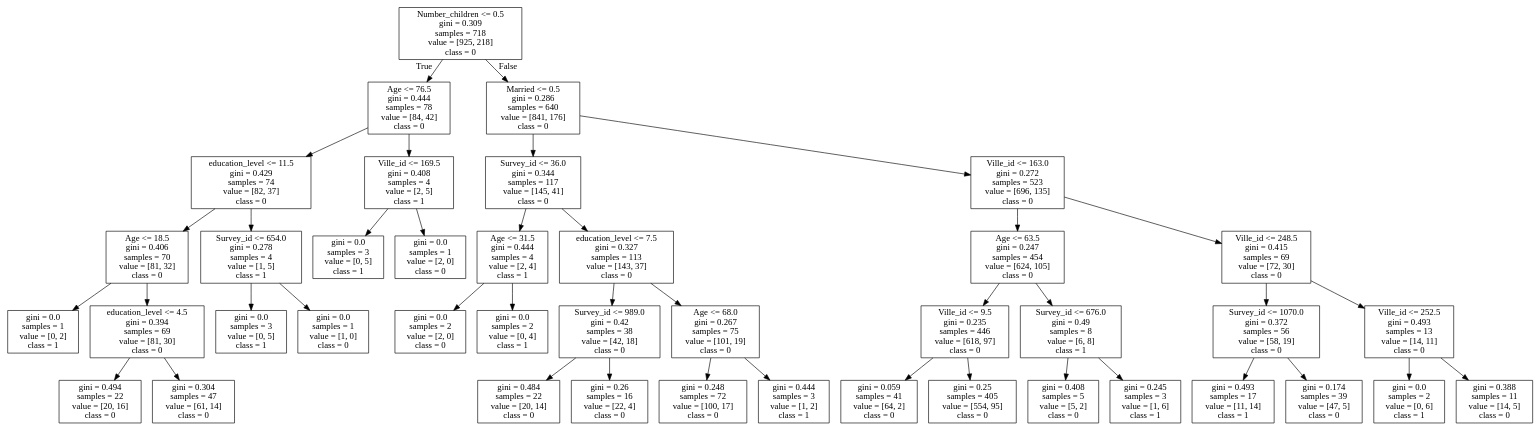
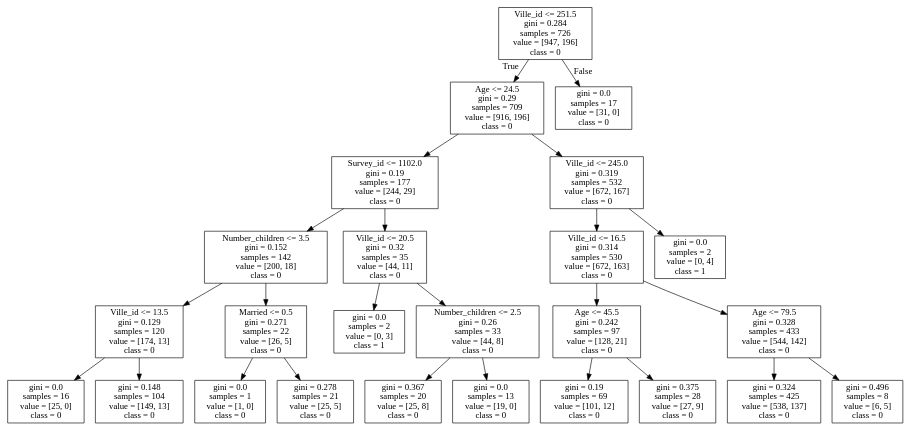
Before and after one commit to IziKodzik/Cart: the diagram in pngs/tree00.dot, drawn with Graphviz. The commit also changed 20 other files, not shown here.

```diff
--- a/pngs/tree00.dot
+++ b/pngs/tree00.dot
@@ -1,84 +1,52 @@
 digraph Tree {
 node [shape=box] ;
-0 [label="Number_children <= 0.5\ngini = 0.309\nsamples = 718\nvalue = [925, 218]\nclass = 0"] ;
-1 [label="Age <= 76.5\ngini = 0.444\nsamples = 78\nvalue = [84, 42]\nclass = 0"] ;
+0 [label="Ville_id <= 251.5\ngini = 0.284\nsamples = 726\nvalue = [947, 196]\nclass = 0"] ;
+1 [label="Age <= 24.5\ngini = 0.29\nsamples = 709\nvalue = [916, 196]\nclass = 0"] ;
 0 -> 1 [labeldistance=2.5, labelangle=45, headlabel="True"] ;
-2 [label="education_level <= 11.5\ngini = 0.429\nsamples = 74\nvalue = [82, 37]\nclass = 0"] ;
+2 [label="Survey_id <= 1102.0\ngini = 0.19\nsamples = 177\nvalue = [244, 29]\nclass = 0"] ;
 1 -> 2 ;
-3 [label="Age <= 18.5\ngini = 0.406\nsamples = 70\nvalue = [81, 32]\nclass = 0"] ;
+3 [label="Number_children <= 3.5\ngini = 0.152\nsamples = 142\nvalue = [200, 18]\nclass = 0"] ;
 2 -> 3 ;
-4 [label="gini = 0.0\nsamples = 1\nvalue = [0, 2]\nclass = 1"] ;
+4 [label="Ville_id <= 13.5\ngini = 0.129\nsamples = 120\nvalue = [174, 13]\nclass = 0"] ;
 3 -> 4 ;
-5 [label="education_level <= 4.5\ngini = 0.394\nsamples = 69\nvalue = [81, 30]\nclass = 0"] ;
-3 -> 5 ;
-6 [label="gini = 0.494\nsamples = 22\nvalue = [20, 16]\nclass = 0"] ;
-5 -> 6 ;
-7 [label="gini = 0.304\nsamples = 47\nvalue = [61, 14]\nclass = 0"] ;
-5 -> 7 ;
-8 [label="Survey_id <= 654.0\ngini = 0.278\nsamples = 4\nvalue = [1, 5]\nclass = 1"] ;
-2 -> 8 ;
-9 [label="gini = 0.0\nsamples = 3\nvalue = [0, 5]\nclass = 1"] ;
-8 -> 9 ;
-10 [label="gini = 0.0\nsamples = 1\nvalue = [1, 0]\nclass = 0"] ;
-8 -> 10 ;
-11 [label="Ville_id <= 169.5\ngini = 0.408\nsamples = 4\nvalue = [2, 5]\nclass = 1"] ;
-1 -> 11 ;
-12 [label="gini = 0.0\nsamples = 3\nvalue = [0, 5]\nclass = 1"] ;
-11 -> 12 ;
-13 [label="gini = 0.0\nsamples = 1\nvalue = [2, 0]\nclass = 0"] ;
-11 -> 13 ;
-14 [label="Married <= 0.5\ngini = 0.286\nsamples = 640\nvalue = [841, 176]\nclass = 0"] ;
-0 -> 14 [labeldistance=2.5, labelangle=-45, headlabel="False"] ;
-15 [label="Survey_id <= 36.0\ngini = 0.344\nsamples = 117\nvalue = [145, 41]\nclass = 0"] ;
-14 -> 15 ;
-16 [label="Age <= 31.5\ngini = 0.444\nsamples = 4\nvalue = [2, 4]\nclass = 1"] ;
+5 [label="gini = 0.0\nsamples = 16\nvalue = [25, 0]\nclass = 0"] ;
+4 -> 5 ;
+6 [label="gini = 0.148\nsamples = 104\nvalue = [149, 13]\nclass = 0"] ;
+4 -> 6 ;
+7 [label="Married <= 0.5\ngini = 0.271\nsamples = 22\nvalue = [26, 5]\nclass = 0"] ;
+3 -> 7 ;
+8 [label="gini = 0.0\nsamples = 1\nvalue = [1, 0]\nclass = 0"] ;
+7 -> 8 ;
+9 [label="gini = 0.278\nsamples = 21\nvalue = [25, 5]\nclass = 0"] ;
+7 -> 9 ;
+10 [label="Ville_id <= 20.5\ngini = 0.32\nsamples = 35\nvalue = [44, 11]\nclass = 0"] ;
+2 -> 10 ;
+11 [label="gini = 0.0\nsamples = 2\nvalue = [0, 3]\nclass = 1"] ;
+10 -> 11 ;
+12 [label="Number_children <= 2.5\ngini = 0.26\nsamples = 33\nvalue = [44, 8]\nclass = 0"] ;
+10 -> 12 ;
+13 [label="gini = 0.367\nsamples = 20\nvalue = [25, 8]\nclass = 0"] ;
+12 -> 13 ;
+14 [label="gini = 0.0\nsamples = 13\nvalue = [19, 0]\nclass = 0"] ;
+12 -> 14 ;
+15 [label="Ville_id <= 245.0\ngini = 0.319\nsamples = 532\nvalue = [672, 167]\nclass = 0"] ;
+1 -> 15 ;
+16 [label="Ville_id <= 16.5\ngini = 0.314\nsamples = 530\nvalue = [672, 163]\nclass = 0"] ;
 15 -> 16 ;
-17 [label="gini = 0.0\nsamples = 2\nvalue = [2, 0]\nclass = 0"] ;
+17 [label="Age <= 45.5\ngini = 0.242\nsamples = 97\nvalue = [128, 21]\nclass = 0"] ;
 16 -> 17 ;
-18 [label="gini = 0.0\nsamples = 2\nvalue = [0, 4]\nclass = 1"] ;
-16 -> 18 ;
-19 [label="education_level <= 7.5\ngini = 0.327\nsamples = 113\nvalue = [143, 37]\nclass = 0"] ;
-15 -> 19 ;
-20 [label="Survey_id <= 989.0\ngini = 0.42\nsamples = 38\nvalue = [42, 18]\nclass = 0"] ;
-19 -> 20 ;
-21 [label="gini = 0.484\nsamples = 22\nvalue = [20, 14]\nclass = 0"] ;
+18 [label="gini = 0.19\nsamples = 69\nvalue = [101, 12]\nclass = 0"] ;
+17 -> 18 ;
+19 [label="gini = 0.375\nsamples = 28\nvalue = [27, 9]\nclass = 0"] ;
+17 -> 19 ;
+20 [label="Age <= 79.5\ngini = 0.328\nsamples = 433\nvalue = [544, 142]\nclass = 0"] ;
+16 -> 20 ;
+21 [label="gini = 0.324\nsamples = 425\nvalue = [538, 137]\nclass = 0"] ;
 20 -> 21 ;
-22 [label="gini = 0.26\nsamples = 16\nvalue = [22, 4]\nclass = 0"] ;
+22 [label="gini = 0.496\nsamples = 8\nvalue = [6, 5]\nclass = 0"] ;
 20 -> 22 ;
-23 [label="Age <= 68.0\ngini = 0.267\nsamples = 75\nvalue = [101, 19]\nclass = 0"] ;
-19 -> 23 ;
-24 [label="gini = 0.248\nsamples = 72\nvalue = [100, 17]\nclass = 0"] ;
-23 -> 24 ;
-25 [label="gini = 0.444\nsamples = 3\nvalue = [1, 2]\nclass = 1"] ;
-23 -> 25 ;
-26 [label="Ville_id <= 163.0\ngini = 0.272\nsamples = 523\nvalue = [696, 135]\nclass = 0"] ;
-14 -> 26 ;
-27 [label="Age <= 63.5\ngini = 0.247\nsamples = 454\nvalue = [624, 105]\nclass = 0"] ;
-26 -> 27 ;
-28 [label="Ville_id <= 9.5\ngini = 0.235\nsamples = 446\nvalue = [618, 97]\nclass = 0"] ;
-27 -> 28 ;
-29 [label="gini = 0.059\nsamples = 41\nvalue = [64, 2]\nclass = 0"] ;
-28 -> 29 ;
-30 [label="gini = 0.25\nsamples = 405\nvalue = [554, 95]\nclass = 0"] ;
-28 -> 30 ;
-31 [label="Survey_id <= 676.0\ngini = 0.49\nsamples = 8\nvalue = [6, 8]\nclass = 1"] ;
-27 -> 31 ;
-32 [label="gini = 0.408\nsamples = 5\nvalue = [5, 2]\nclass = 0"] ;
-31 -> 32 ;
-33 [label="gini = 0.245\nsamples = 3\nvalue = [1, 6]\nclass = 1"] ;
-31 -> 33 ;
-34 [label="Ville_id <= 248.5\ngini = 0.415\nsamples = 69\nvalue = [72, 30]\nclass = 0"] ;
-26 -> 34 ;
-35 [label="Survey_id <= 1070.0\ngini = 0.372\nsamples = 56\nvalue = [58, 19]\nclass = 0"] ;
-34 -> 35 ;
-36 [label="gini = 0.493\nsamples = 17\nvalue = [11, 14]\nclass = 1"] ;
-35 -> 36 ;
-37 [label="gini = 0.174\nsamples = 39\nvalue = [47, 5]\nclass = 0"] ;
-35 -> 37 ;
-38 [label="Ville_id <= 252.5\ngini = 0.493\nsamples = 13\nvalue = [14, 11]\nclass = 0"] ;
-34 -> 38 ;
-39 [label="gini = 0.0\nsamples = 2\nvalue = [0, 6]\nclass = 1"] ;
-38 -> 39 ;
-40 [label="gini = 0.388\nsamples = 11\nvalue = [14, 5]\nclass = 0"] ;
-38 -> 40 ;
+23 [label="gini = 0.0\nsamples = 2\nvalue = [0, 4]\nclass = 1"] ;
+15 -> 23 ;
+24 [label="gini = 0.0\nsamples = 17\nvalue = [31, 0]\nclass = 0"] ;
+0 -> 24 [labeldistance=2.5, labelangle=-45, headlabel="False"] ;
 }
```
